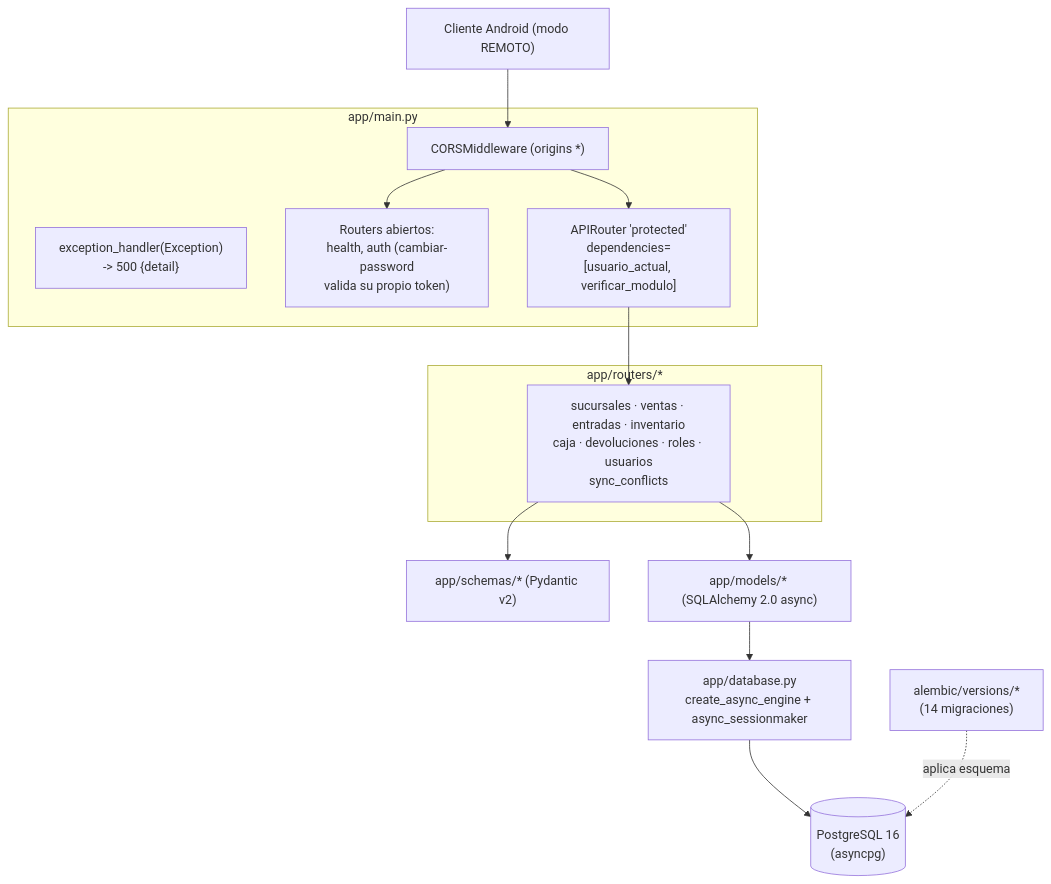
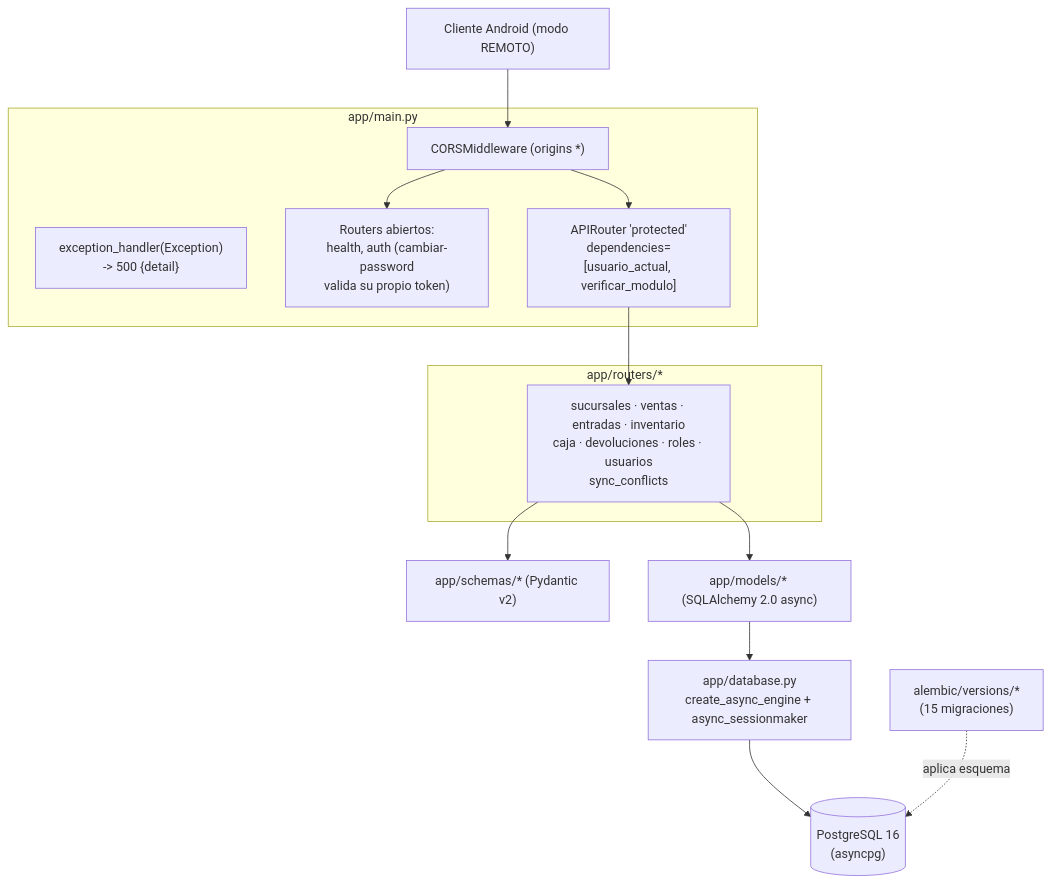
Before and after one commit to GermanALS/PDV: the fourth of 12 diagrams in docs/manual-tecnico.md, drawn with Mermaid. The commit also changed other lines of this file and 3 other files, not shown here.

````diff
--- a/docs/manual-tecnico.md
+++ b/docs/manual-tecnico.md
@@ -262,24 +263,24 @@
 ```mermaid
 flowchart TD
     CLIENT["Cliente Android (modo REMOTO)"]
     subgraph APP["app/main.py"]
         CORS["CORSMiddleware (origins *)"]
         EXC["exception_handler(Exception)\n-> 500 {detail}"]
         OPEN["Routers abiertos:\nhealth, auth (cambiar-password\nvalida su propio token)"]
         PROT["APIRouter 'protected'\ndependencies=[usuario_actual, verificar_modulo]"]
     end
     subgraph ROUTERS["app/routers/*"]
         R["sucursales · ventas · entradas · inventario\ncaja · devoluciones · roles · usuarios\nsync_conflicts"]
     end
     SCHEMAS["app/schemas/* (Pydantic v2)"]
     MODELS["app/models/* (SQLAlchemy 2.0 async)"]
     DBPY["app/database.py\ncreate_async_engine + async_sessionmaker"]
     PG[("PostgreSQL 16\n(asyncpg)")]
-    ALEMBIC["alembic/versions/*\n(14 migraciones)"]
+    ALEMBIC["alembic/versions/*\n(15 migraciones)"]
 
     CLIENT --> CORS --> OPEN
     CORS --> PROT --> R
     R --> SCHEMAS
     R --> MODELS --> DBPY --> PG
     ALEMBIC -. aplica esquema .-> PG
 ```
````
